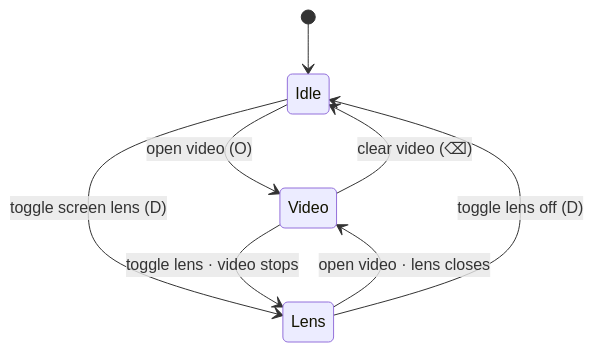
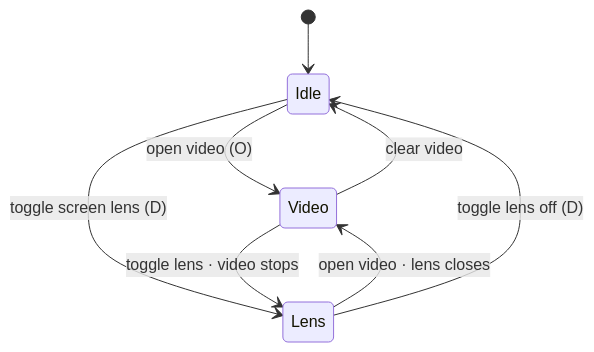
One commit to dattazigzag/ring_eye_sim changed the second of 2 diagrams in PIPELINE.md. Above: the diagram before and after it, drawn with Mermaid. The commit also changed other lines of this file and 7 other files, not shown here.

````diff
--- a/PIPELINE.md
+++ b/PIPELINE.md
@@ -126,10 +124,10 @@
 ```mermaid
 stateDiagram-v2
     [*] --> Idle
     Idle --> Video: open video (O)
     Idle --> Lens: toggle screen lens (D)
     Video --> Lens: toggle lens · video stops
     Lens --> Video: open video · lens closes
-    Video --> Idle: clear video (⌫)
+    Video --> Idle: clear video
     Lens --> Idle: toggle lens off (D)
 ```
````
